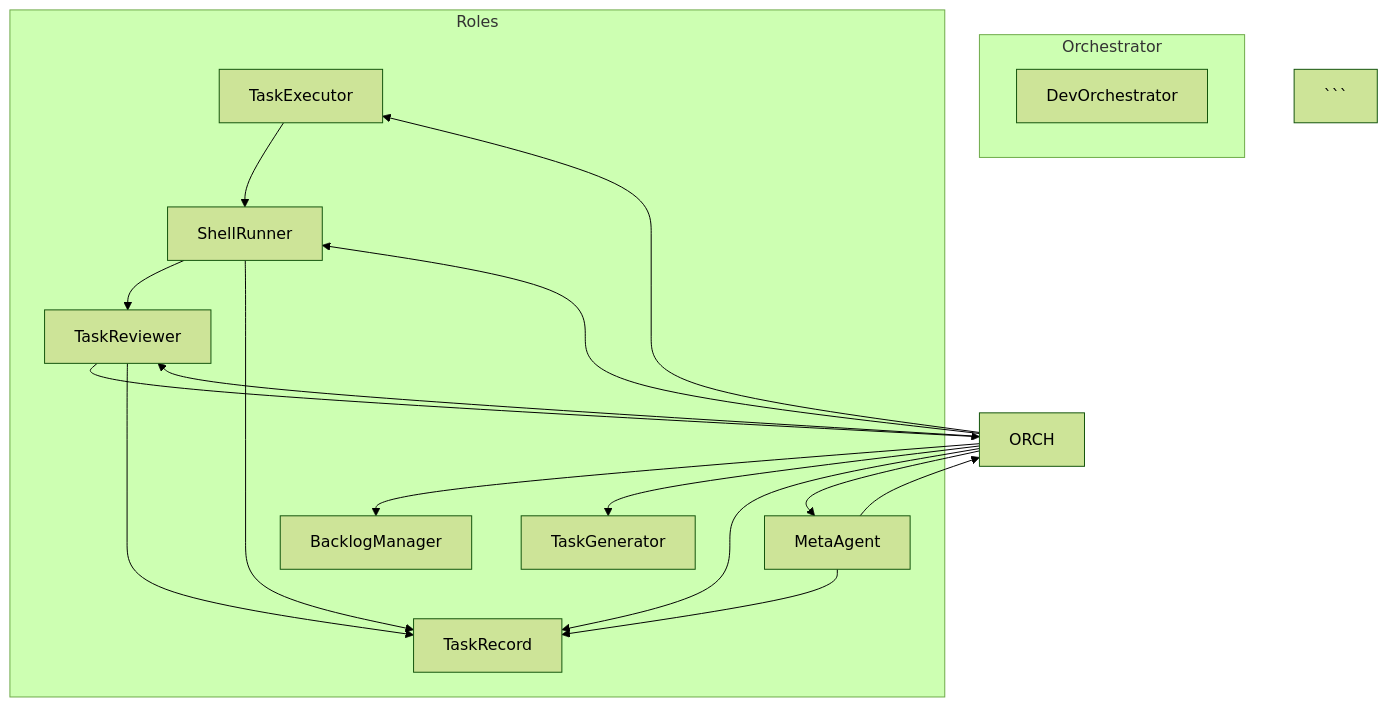
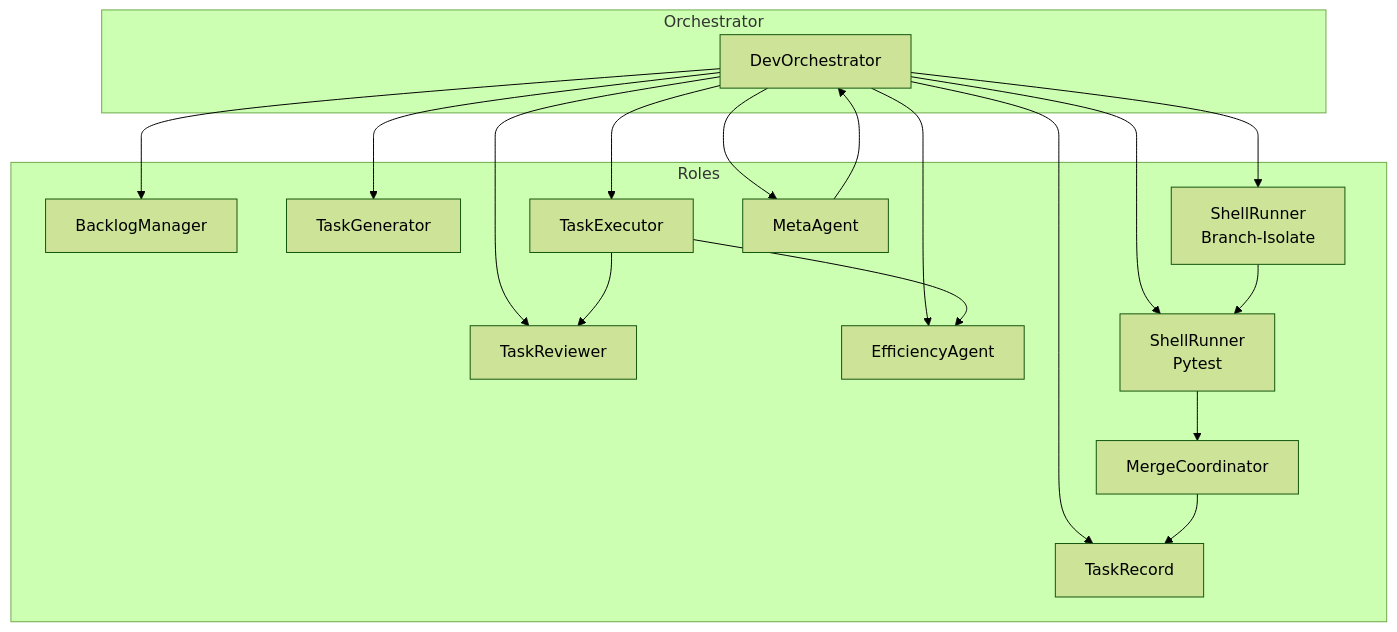
The diagram in docs/architecture.mermaid (evanfollis/cadence), drawn with Mermaid (forest theme) before and after one commit. The commit also changed 19 other files, not shown here.

````diff
--- a/docs/architecture.mermaid
+++ b/docs/architecture.mermaid
@@ -1,36 +1,22 @@
+flowchart TD
+  subgraph Orchestrator
+      ORCH[DevOrchestrator]
+  end
+  subgraph Roles
+      BACK[BacklogManager]
+      GEN[TaskGenerator]
+      EXEC[TaskExecutor]
+      REV[TaskReviewer]
+      EFF[EfficiencyAgent]
+      BRN[ShellRunner<br/>Branch-Isolate]
+      TEST[ShellRunner<br/>Pytest]
+      MERG[MergeCoordinator]
+      REC[TaskRecord]
+      META[MetaAgent]
+  end
 
-flowchart TD
-subgraph Orchestrator
-ORCH\[DevOrchestrator]
-end
-
-```
-subgraph Roles
-    BACK[BacklogManager]
-    GEN[TaskGenerator]
-    EXEC[TaskExecutor]
-    SHELL[ShellRunner]
-    REV[TaskReviewer]
-    RECORD[TaskRecord]
-    META[MetaAgent]
-end
-
-ORCH --> BACK
-ORCH --> GEN
-ORCH --> EXEC
-ORCH --> SHELL
-ORCH --> REV
-ORCH --> RECORD
-ORCH --> META
-
-EXEC --> SHELL
-SHELL --> REV
-REV --> ORCH
-
-SHELL --> RECORD
-REV --> RECORD
-META --> ORCH
-META --> RECORD
-```
-
-%% End of architecture.mmd
+  ORCH --> BACK & GEN & EXEC & REV & EFF & BRN & TEST & REC & META
+  EXEC --> REV & EFF
+  BRN --> TEST --> MERG
+  MERG --> REC
+  META --> ORCH
````
